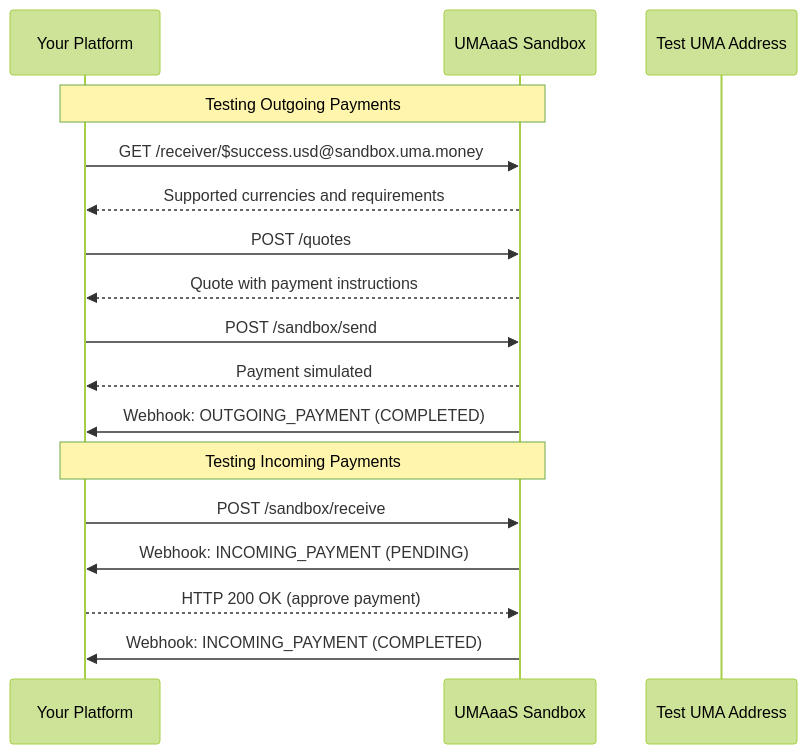
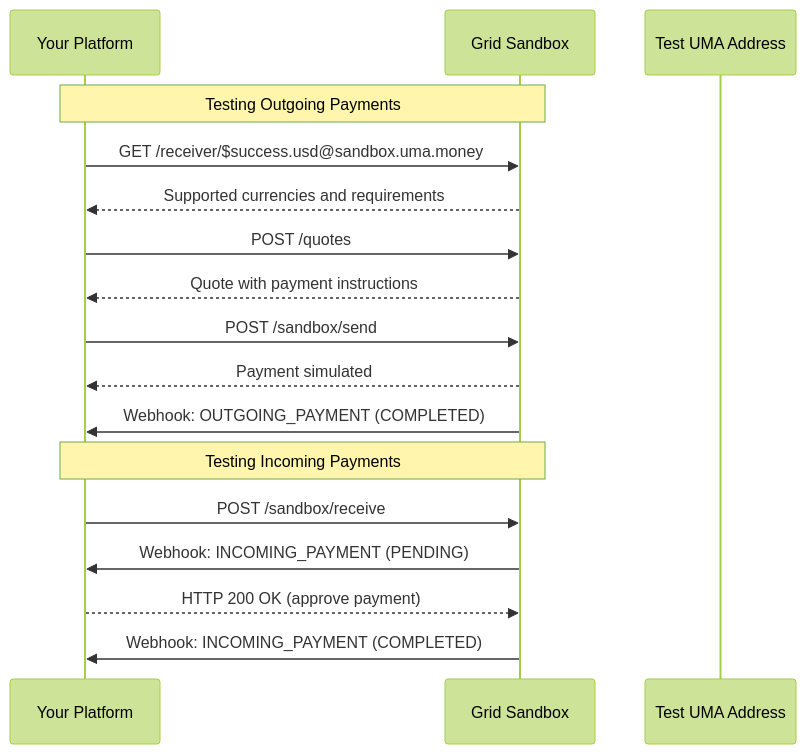
One commit to lightsparkdev/umaaas-api changed the diagram in mintlify/remittances/developer-guides/sandbox-testing.mdx. Above: the diagram before and after it, drawn with Mermaid (forest theme). The commit also changed other lines of this file and 32 other files, not shown here.

````diff
--- a/mintlify/remittances/developer-guides/sandbox-testing.mdx
+++ b/mintlify/remittances/developer-guides/sandbox-testing.mdx
@@ -32,21 +32,21 @@
 ```mermaid
 sequenceDiagram
     participant Client as Your Platform
-    participant UMAaaS as UMAaaS Sandbox
+    participant Grid as Grid Sandbox
     participant Test as Test UMA Address
 
-    Note over Client, UMAaaS: Testing Outgoing Payments
-    Client->>UMAaaS: GET /receiver/$success.usd@sandbox.uma.money
-    UMAaaS-->>Client: Supported currencies and requirements
-    Client->>UMAaaS: POST /quotes
-    UMAaaS-->>Client: Quote with payment instructions
-    Client->>UMAaaS: POST /sandbox/send
-    UMAaaS-->>Client: Payment simulated
-    UMAaaS->>Client: Webhook: OUTGOING_PAYMENT (COMPLETED)
+    Note over Client, Grid: Testing Outgoing Payments
+    Client->>Grid: GET /receiver/$success.usd@sandbox.uma.money
+    Grid-->>Client: Supported currencies and requirements
+    Client->>Grid: POST /quotes
+    Grid-->>Client: Quote with payment instructions
+    Client->>Grid: POST /sandbox/send
+    Grid-->>Client: Payment simulated
+    Grid->>Client: Webhook: OUTGOING_PAYMENT (COMPLETED)
 
-    Note over Client, UMAaaS: Testing Incoming Payments
-    Client->>UMAaaS: POST /sandbox/receive
-    UMAaaS->>Client: Webhook: INCOMING_PAYMENT (PENDING)
-    Client-->>UMAaaS: HTTP 200 OK (approve payment)
-    UMAaaS->>Client: Webhook: INCOMING_PAYMENT (COMPLETED)
+    Note over Client, Grid: Testing Incoming Payments
+    Client->>Grid: POST /sandbox/receive
+    Grid->>Client: Webhook: INCOMING_PAYMENT (PENDING)
+    Client-->>Grid: HTTP 200 OK (approve payment)
+    Grid->>Client: Webhook: INCOMING_PAYMENT (COMPLETED)
 ```
````
